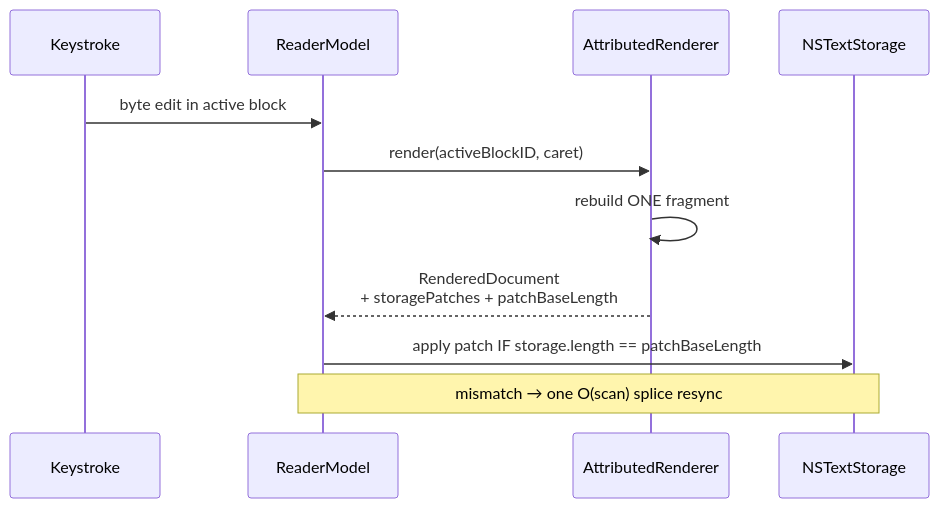
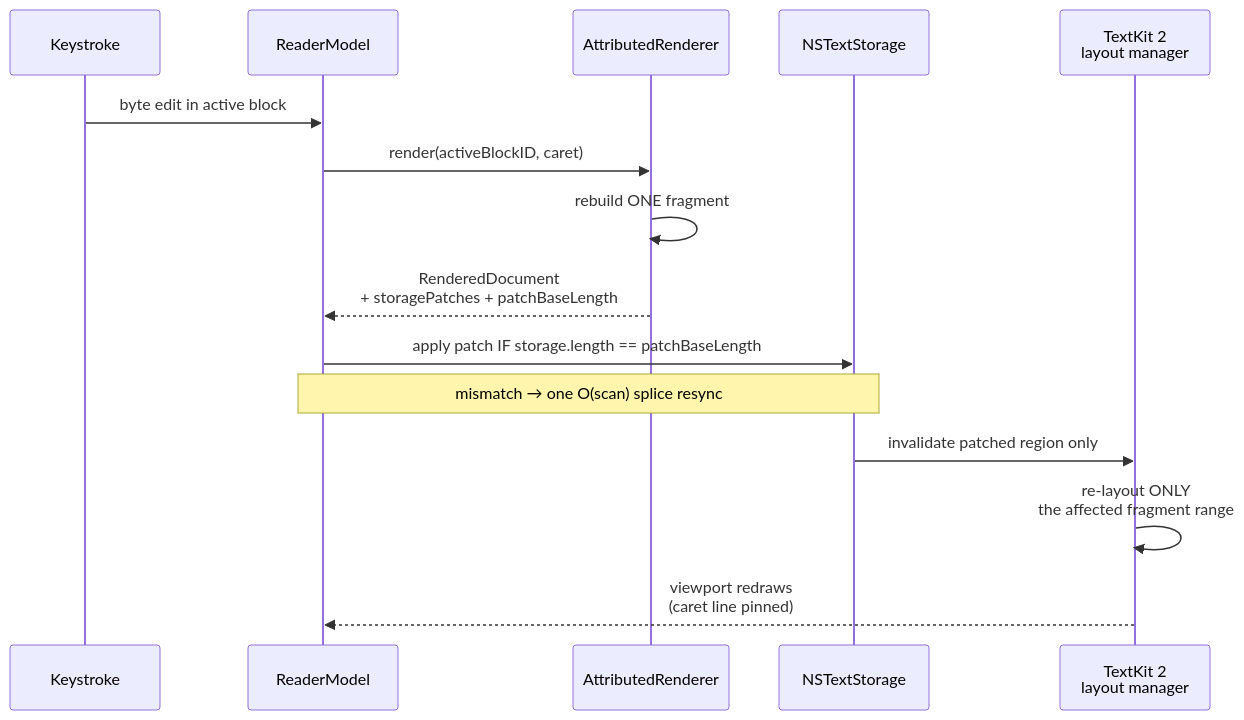
Before and after one commit to clintecker/quoin: the third of 5 diagrams in docs/reference/performance.md, drawn with Mermaid. The commit also changed other lines of this file and 13 other files, not shown here.

First line of the commit message:
Docs: integrate screenshots, add Mermaid diagrams, maximize cross-links

````diff
--- a/docs/reference/performance.md
+++ b/docs/reference/performance.md
@@ -172,13 +196,17 @@
 ```mermaid
 sequenceDiagram
   participant U as Keystroke
   participant M as ReaderModel
   participant R as AttributedRenderer
   participant S as NSTextStorage
+  participant L as TextKit 2<br/>layout manager
   U->>M: byte edit in active block
   M->>R: render(activeBlockID, caret)
   R->>R: rebuild ONE fragment
   R-->>M: RenderedDocument<br/>+ storagePatches + patchBaseLength
   M->>S: apply patch IF storage.length == patchBaseLength
   Note over M,S: mismatch → one O(scan) splice resync
+  S->>L: invalidate patched region only
+  L->>L: re-layout ONLY<br/>the affected fragment range
+  L-->>M: viewport redraws<br/>(caret line pinned)
 ```
````
